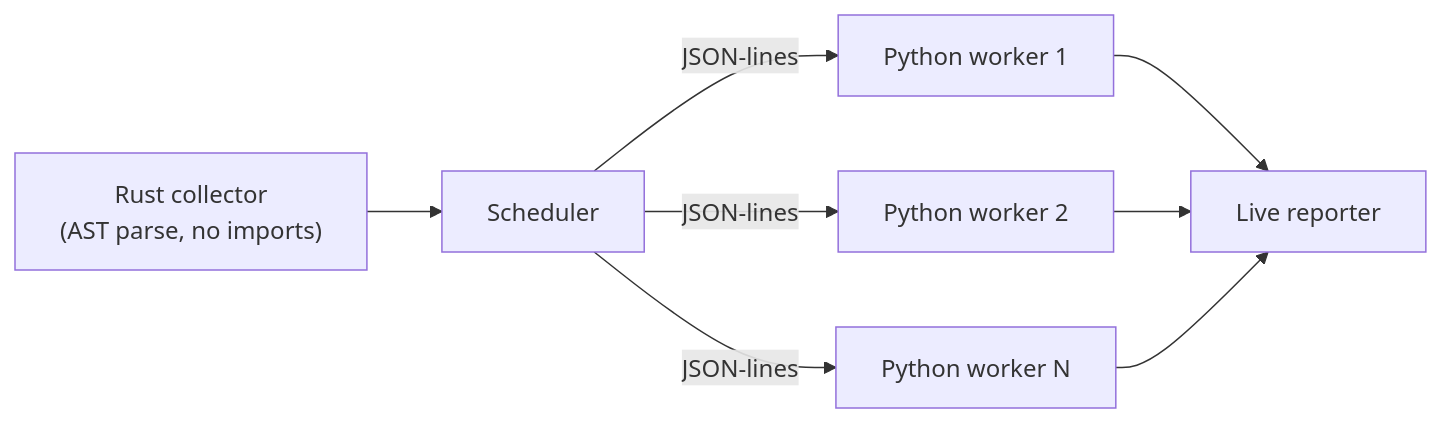
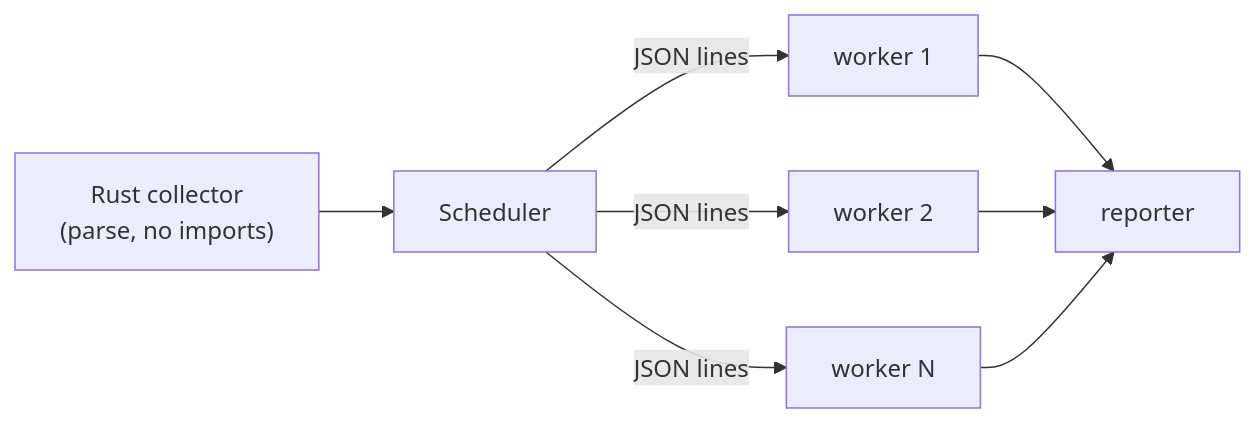
Before and after one commit to BilagoNet/tezt: the diagram in README.md, drawn with Mermaid. The commit also changed other lines of this file and 1 other file, not shown here.

First line of the commit message:
docs: rewrite the README in a human voice; trim worker frames from tracebacks

````diff
--- a/README.md
+++ b/README.md
@@ -152,10 +213,10 @@
 ```mermaid
 flowchart LR
-    A["Rust collector<br/>(AST parse, no imports)"] --> B[Scheduler]
-    B -->|JSON-lines| W1[Python worker 1]
-    B -->|JSON-lines| W2[Python worker 2]
-    B -->|JSON-lines| WN[Python worker N]
-    W1 --> R[Live reporter]
+    A["Rust collector<br/>(parse, no imports)"] --> B[Scheduler]
+    B -->|JSON lines| W1[worker 1]
+    B -->|JSON lines| W2[worker 2]
+    B -->|JSON lines| WN[worker N]
+    W1 --> R[reporter]
     W2 --> R
     WN --> R
 ```
````
